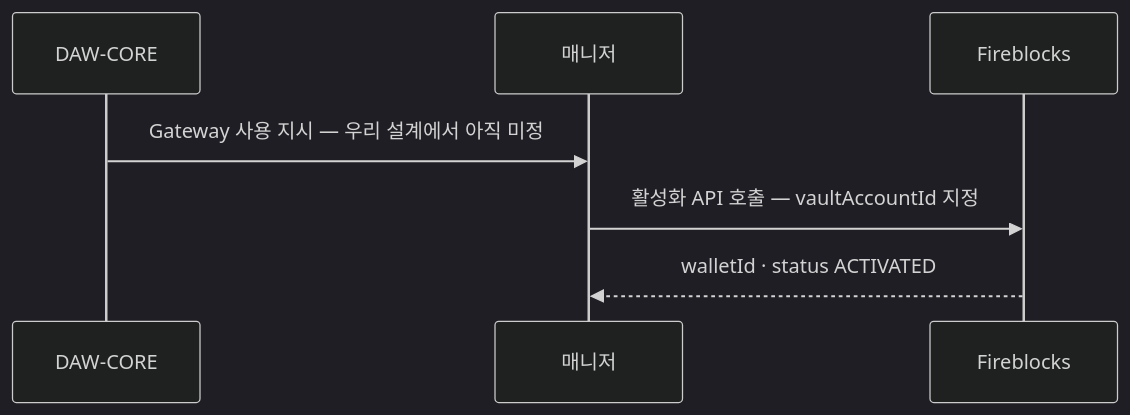
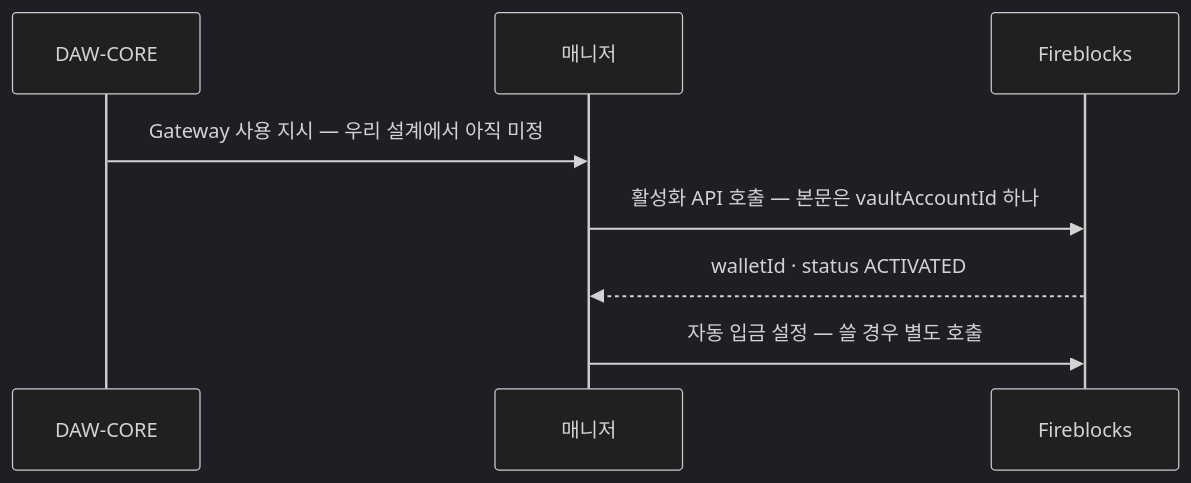
The first of 3 diagrams in blockchain-manager/docs/블록체인매니저/브릿지/03-usdc-gateway.md (eunsujeo/eunpus), drawn with Mermaid (dark theme) before and after one commit. The commit also changed other lines of this file, not shown here.

First line of the commit message:
3장 — 활성화 후 무엇을 알 수 있는지 추가

````diff
--- a/blockchain-manager/docs/블록체인매니저/브릿지/03-usdc-gateway.md
+++ b/blockchain-manager/docs/블록체인매니저/브릿지/03-usdc-gateway.md
@@ -28,10 +28,11 @@
 ```mermaid
 sequenceDiagram
   participant C as DAW-CORE
   participant M as 매니저
   participant F as Fireblocks
 
   C->>M: Gateway 사용 지시 — 우리 설계에서 아직 미정
-  M->>F: 활성화 API 호출 — vaultAccountId 지정
+  M->>F: 활성화 API 호출 — 본문은 vaultAccountId 하나
   F-->>M: walletId · status ACTIVATED
+  M->>F: 자동 입금 설정 — 쓸 경우 별도 호출
 ```
````
